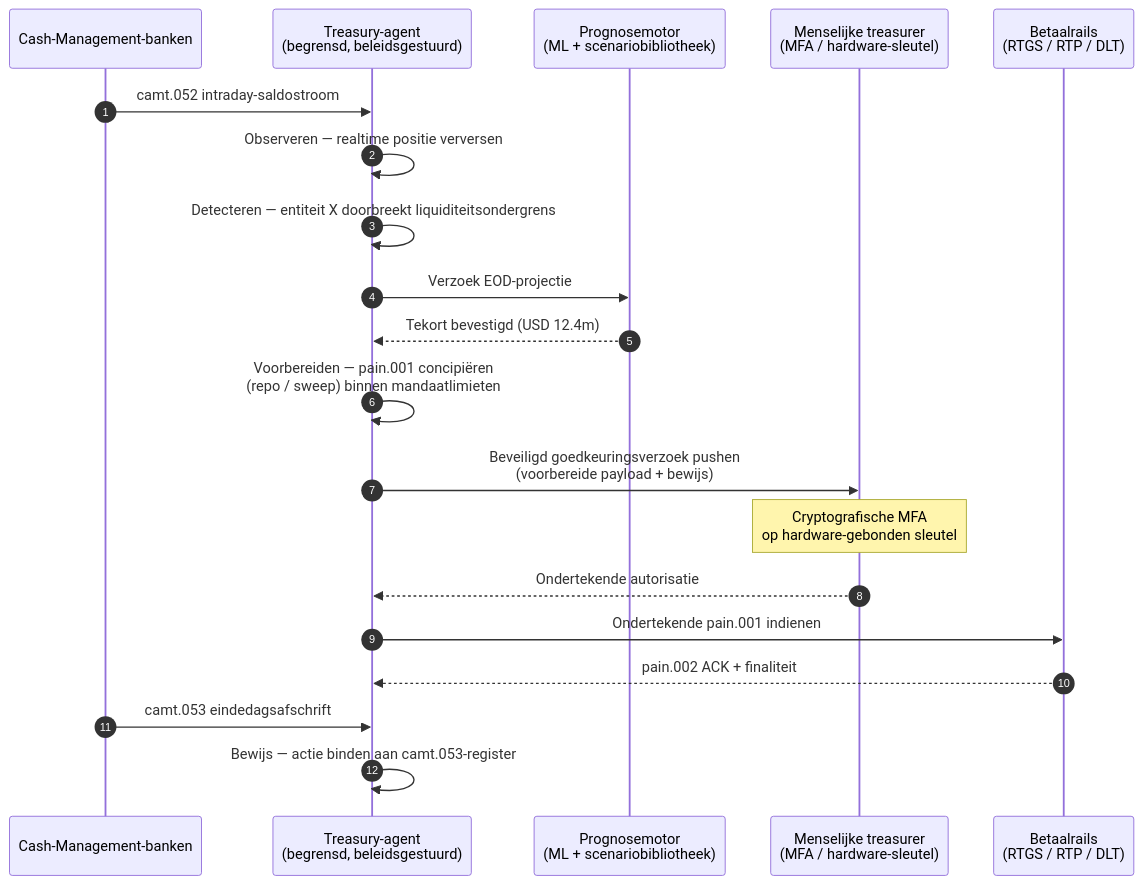
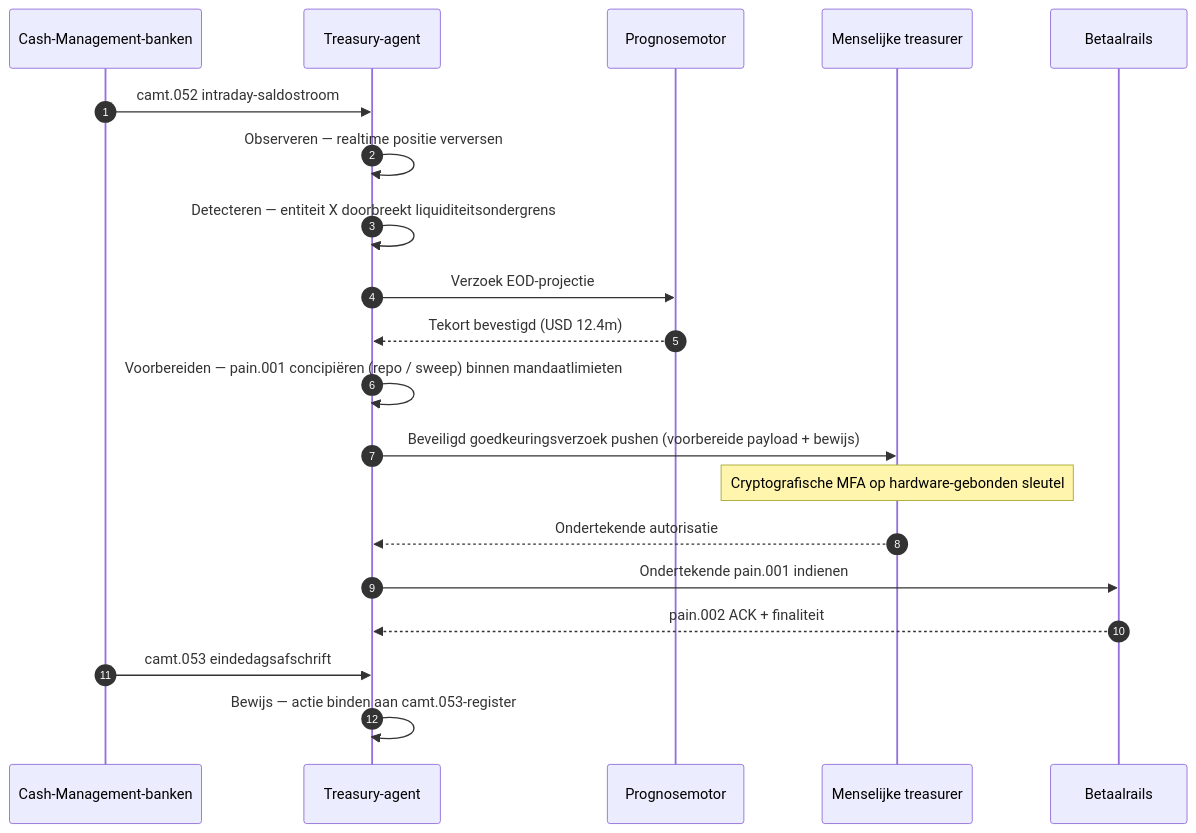
The diagram in _posts/nl/2026-06-07-autonomous-treasury-index-programmable-liquidity-tokenised-deposits-2026.md (sebastienrousseau/sebastienrousseau.github.io), drawn with Mermaid before and after one commit. The commit also changed 2231 other files, not shown here.

First line of the commit message:
fix(mermaid): unblock Mermaid v10 rendering end-to-end (#198)

````diff
--- a/_posts/nl/2026-06-07-autonomous-treasury-index-programmable-liquidity-tokenised-deposits-2026.md
+++ b/_posts/nl/2026-06-07-autonomous-treasury-index-programmable-liquidity-tokenised-deposits-2026.md
@@ -152,23 +152,22 @@
 ```mermaid
 sequenceDiagram
     autonumber
     participant Banks as Cash-Management-banken
-    participant Agent as Treasury-agent<br/>(begrensd, beleidsgestuurd)
-    participant Forecast as Prognosemotor<br/>(ML + scenariobibliotheek)
-    participant Treasurer as Menselijke treasurer<br/>(MFA / hardware-sleutel)
-    participant Rails as Betaalrails<br/>(RTGS / RTP / DLT)
-
+    participant Agent as Treasury-agent
+    participant Forecast as Prognosemotor
+    participant Treasurer as Menselijke treasurer
+    participant Rails as Betaalrails
     Banks->>Agent: camt.052 intraday-saldostroom
     Agent->>Agent: Observeren — realtime positie verversen
     Agent->>Agent: Detecteren — entiteit X doorbreekt liquiditeitsondergrens
     Agent->>Forecast: Verzoek EOD-projectie
     Forecast-->>Agent: Tekort bevestigd (USD 12.4m)
-    Agent->>Agent: Voorbereiden — pain.001 concipiëren<br/>(repo / sweep) binnen mandaatlimieten
-    Agent->>Treasurer: Beveiligd goedkeuringsverzoek pushen<br/>(voorbereide payload + bewijs)
-    Note over Treasurer: Cryptografische MFA<br/>op hardware-gebonden sleutel
+    Agent->>Agent: Voorbereiden — pain.001 concipiëren (repo / sweep) binnen mandaatlimieten
+    Agent->>Treasurer: Beveiligd goedkeuringsverzoek pushen (voorbereide payload + bewijs)
+    Note over Treasurer: Cryptografische MFA op hardware-gebonden sleutel
     Treasurer-->>Agent: Ondertekende autorisatie
     Agent->>Rails: Ondertekende pain.001 indienen
     Rails-->>Agent: pain.002 ACK + finaliteit
     Banks->>Agent: camt.053 eindedagsafschrift
     Agent->>Agent: Bewijs — actie binden aan camt.053-register
 ```
````
